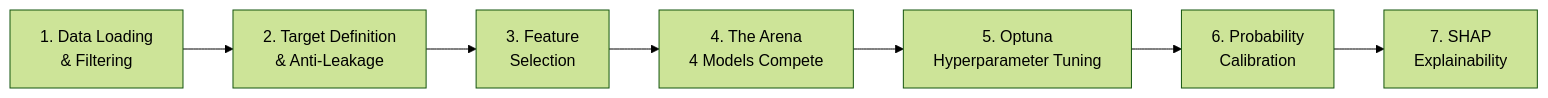
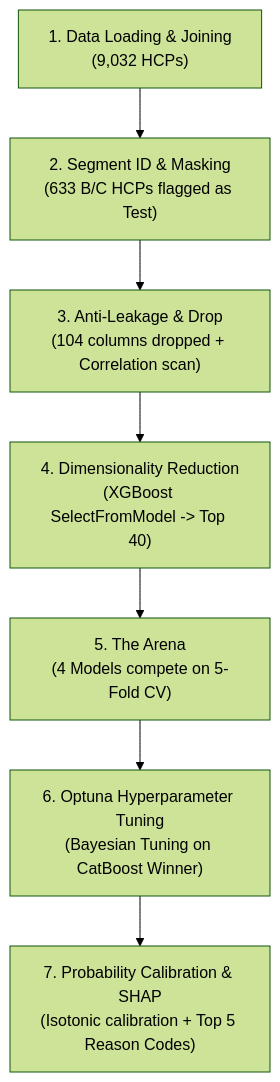
The diagram in models/propensity_arena_pipeline/output/catboost_deep_dive.md (david-bazalduaa/Pfizer-segmentation-Ulcerative-Colitis), drawn with Mermaid (forest theme) before and after one commit. The commit also changed other lines of this file, not shown here.

````diff
--- a/models/propensity_arena_pipeline/output/catboost_deep_dive.md
+++ b/models/propensity_arena_pipeline/output/catboost_deep_dive.md
@@ -29,9 +29,9 @@
 ```mermaid
-flowchart LR
-    A["1. Data Loading\n& Filtering"] --> B["2. Target Definition\n& Anti-Leakage"]
-    B --> C["3. Feature\nSelection"]
-    C --> D["4. The Arena\n4 Models Compete"]
-    D --> E["5. Optuna\nHyperparameter Tuning"]
-    E --> F["6. Probability\nCalibration"]
-    F --> G["7. SHAP\nExplainability"]
+flowchart TD
+    A["1. Data Loading & Joining\n(9,032 HCPs)"] --> B["2. Segment ID & Masking\n(633 B/C HCPs flagged as Test)"]
+    B --> C["3. Anti-Leakage & Drop\n(104 columns dropped + Correlation scan)"]
+    C --> D["4. Dimensionality Reduction\n(XGBoost SelectFromModel -> Top 40)"]
+    D --> E["5. The Arena\n(4 Models compete on 5-Fold CV)"]
+    E --> F["6. Optuna Hyperparameter Tuning\n(Bayesian Tuning on CatBoost Winner)"]
+    F --> G["7. Probability Calibration & SHAP\n(Isotonic calibration + Top 5 Reason Codes)"]
 ```
````
